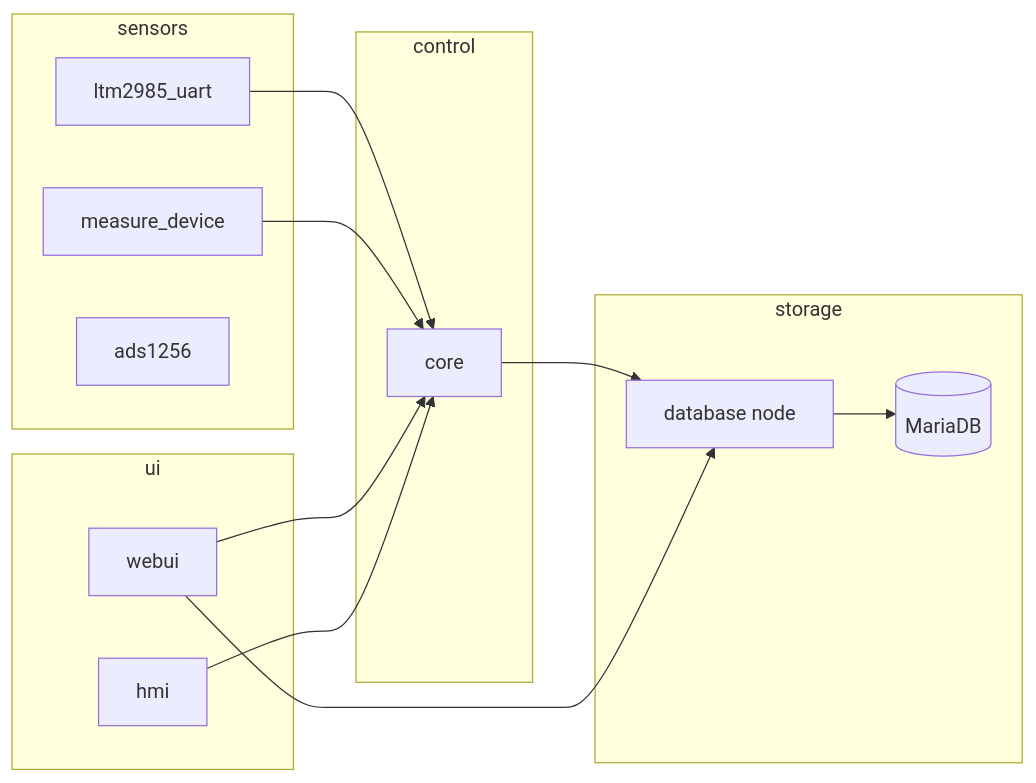
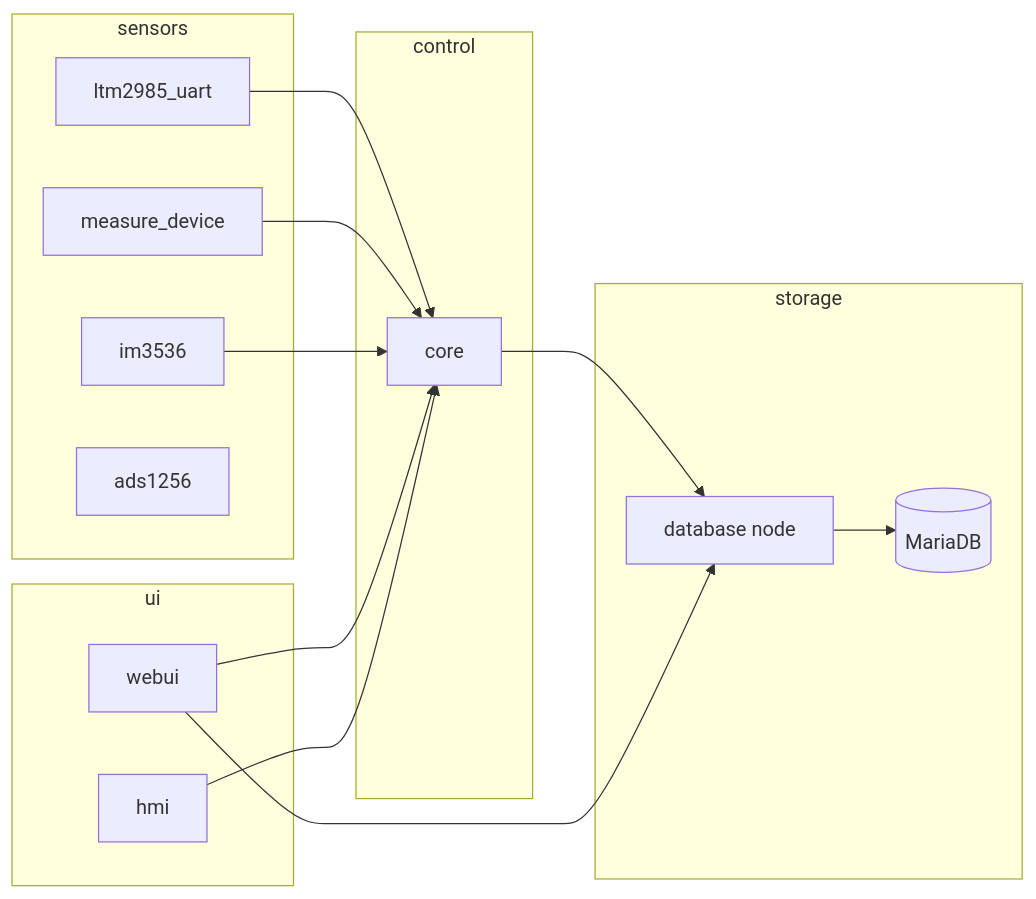
Before and after one commit to lexvyshnevskyy/DLT: the diagram in docs/uk/architecture.md, drawn with Mermaid. The commit also changed other lines of this file and 14 other files, not shown here.

````diff
--- a/docs/uk/architecture.md
+++ b/docs/uk/architecture.md
@@ -5,26 +5,28 @@
 ```mermaid
 flowchart LR
   subgraph sensors
     LTM[ltm2985_uart]
-    MD[measure_device]
+    E720[measure_device]
+    IM3536[im3536]
     ADS[ads1256]
   end
   subgraph control
     CORE[core]
   end
   subgraph storage
     DB[(MariaDB)]
     DBNODE[database node]
   end
   subgraph ui
     WEB[webui]
     HMI[hmi]
   end
   LTM --> CORE
-  MD --> CORE
+  E720 --> CORE
+  IM3536 --> CORE
   CORE --> DBNODE
   DBNODE --> DB
   WEB --> DBNODE
   WEB --> CORE
   HMI --> CORE
 ```
````
